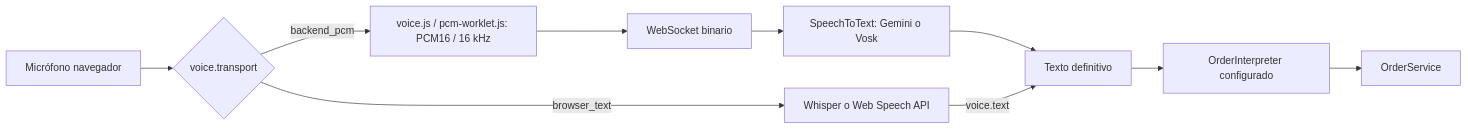
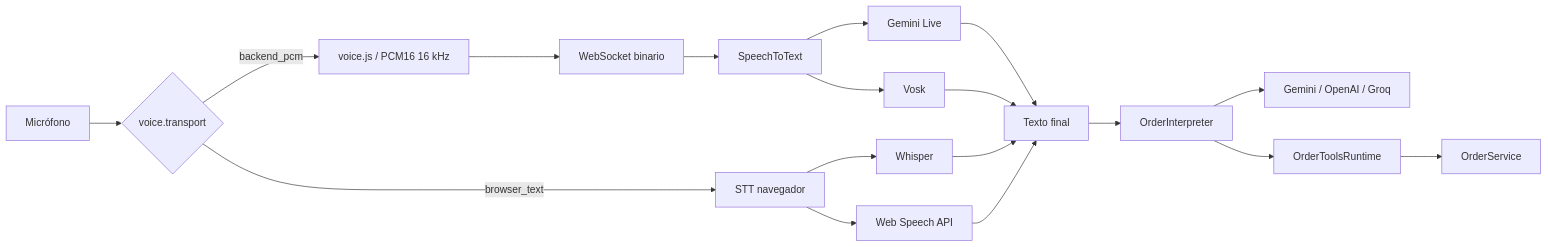
One commit to gsierra1/self_order changed the second of 2 diagrams in docs/arquitectura.md. Above: the diagram before and after it, drawn with Mermaid. The commit also changed other lines of this file and 1 other file, not shown here.

````diff
--- a/docs/arquitectura.md
+++ b/docs/arquitectura.md
@@ -330,12 +211,20 @@
 ```mermaid
 flowchart LR
-    MIC[Micrófono navegador] --> TR{voice.transport}
-    TR -->|backend_pcm| PCM[voice.js / pcm-worklet.js: PCM16 / 16 kHz]
+    MIC[Micrófono] --> TR{voice.transport}
+    TR -->|backend_pcm| PCM[voice.js / PCM16 16 kHz]
     PCM --> WS[WebSocket binario]
-    WS --> T[SpeechToText: Gemini o Vosk]
-    T --> TXT[Texto definitivo]
-    TR -->|browser_text| BSTT[Whisper o Web Speech API]
-    BSTT -->|voice.text| TXT
-    TXT --> O[OrderInterpreter configurado]
-    O --> S[OrderService]
+    WS --> STT[SpeechToText]
+    STT --> GEM[Gemini Live]
+    STT --> VOSK[Vosk]
+    TR -->|browser_text| BROWSER[STT navegador]
+    BROWSER --> WH[Whisper]
+    BROWSER --> SP[Web Speech API]
+    GEM --> TXT[Texto final]
+    VOSK --> TXT
+    WH --> TXT
+    SP --> TXT
+    TXT --> OI[OrderInterpreter]
+    OI --> LLM[Gemini / OpenAI / Groq]
+    OI --> RT[OrderToolsRuntime]
+    RT --> OS[OrderService]
 ```
````
